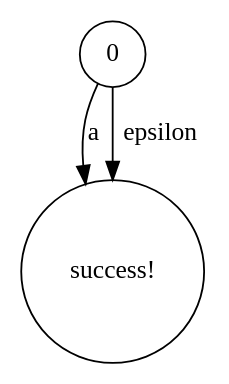
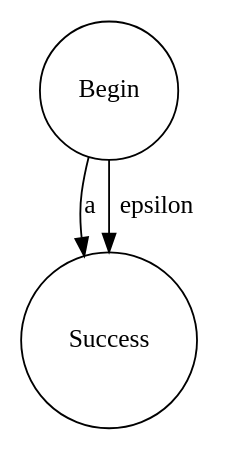
One commit to ayanamists/MyRegEngine changed the diagram in MyRegEngine/bin/Debug/netcoreapp3.1/TestCase5.dot. Above: the diagram before and after it, drawn with Graphviz. The commit also changed 26 other files, not shown here.

```diff
--- a/MyRegEngine/bin/Debug/netcoreapp3.1/TestCase5.dot
+++ b/MyRegEngine/bin/Debug/netcoreapp3.1/TestCase5.dot
@@ -1,1 +1,1 @@
-digraph TestCase5 { 0 [shape=circle,label="0"]; success [shape=circle,label="success!"]; 0 -> success[label="a"]; 0 -> success[label="epsilon"]; }
+digraph TestCase5 { 0 [shape=circle,label="Begin"]; 1 [shape=circle,label="Success"]; 0 -> 1[label="a"]; 0 -> 1[label="epsilon"]; }
```
